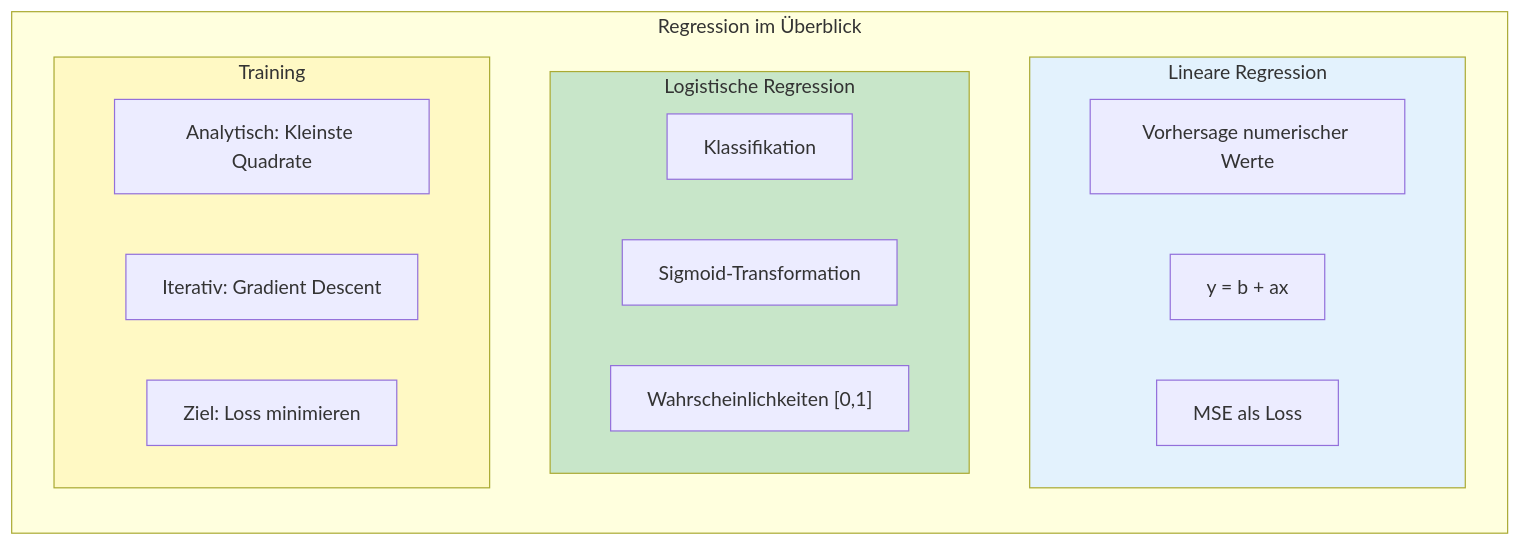
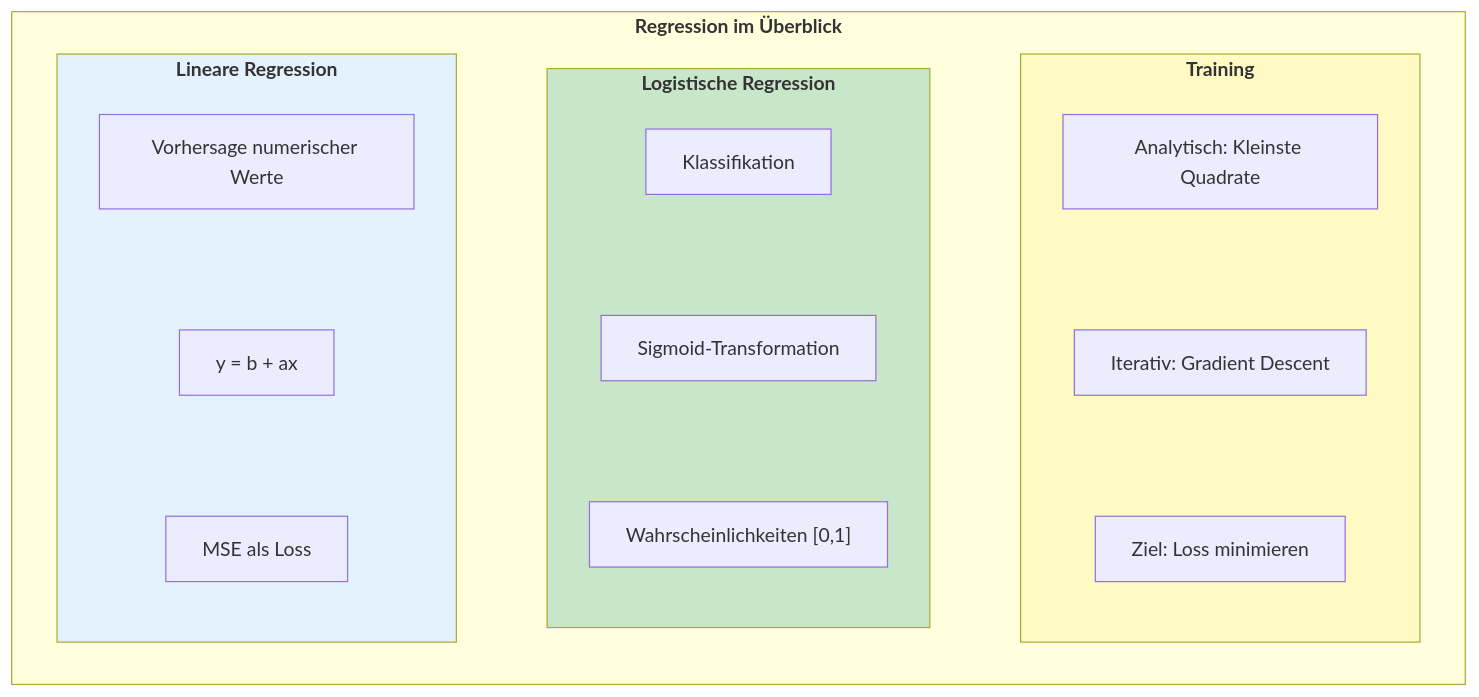
One commit to ralf-42/ML_Intro changed the tenth of 10 diagrams in docs/concepts/modeling/regression.md. Above: the diagram before and after it, drawn with Mermaid. The commit also changed other lines of this file and 4 other files, not shown here.

````diff
--- a/docs/concepts/modeling/regression.md
+++ b/docs/concepts/modeling/regression.md
@@ -554,28 +554,29 @@
 ```mermaid
-flowchart TB
-    subgraph summary["Regression im Überblick"]
-        direction TB
+flowchart LR
+    subgraph summary["<b>Regression im Überblick"]
+        direction LR
         
-        subgraph linear["Lineare Regression"]
-            L1["Vorhersage numerischer Werte"]
-            L2["y = b + ax"]
-            L3["MSE als Loss"]
+        subgraph linear["<b>Lineare Regression"]
+            direction TB
+            L1["Vorhersage numerischer Werte"] ~~~ L2["y = b + ax"] ~~~ L3["MSE als Loss"]
         end
         
-        subgraph logistic["Logistische Regression"]
-            LO1["Klassifikation"]
-            LO2["Sigmoid-Transformation"]
-            LO3["Wahrscheinlichkeiten [0,1]"]
+        linear ~~~ logistic
+        
+        subgraph logistic["<b>Logistische Regression"]
+            direction TB
+            LO1["Klassifikation"] ~~~ LO2["Sigmoid-Transformation"] ~~~ LO3["Wahrscheinlichkeiten [0,1]"]
         end
         
-        subgraph training["Training"]
-            T1["Analytisch: Kleinste Quadrate"]
-            T2["Iterativ: Gradient Descent"]
-            T3["Ziel: Loss minimieren"]
+        logistic ~~~ training
+        
+        subgraph training["<b>Training"]
+            direction TB
+            T1["Analytisch: Kleinste Quadrate"] ~~~ T2["Iterativ: Gradient Descent"] ~~~ T3["Ziel: Loss minimieren"]
         end
     end
     
     style linear fill:#e3f2fd
     style logistic fill:#c8e6c9
     style training fill:#fff9c4
 ```
````
